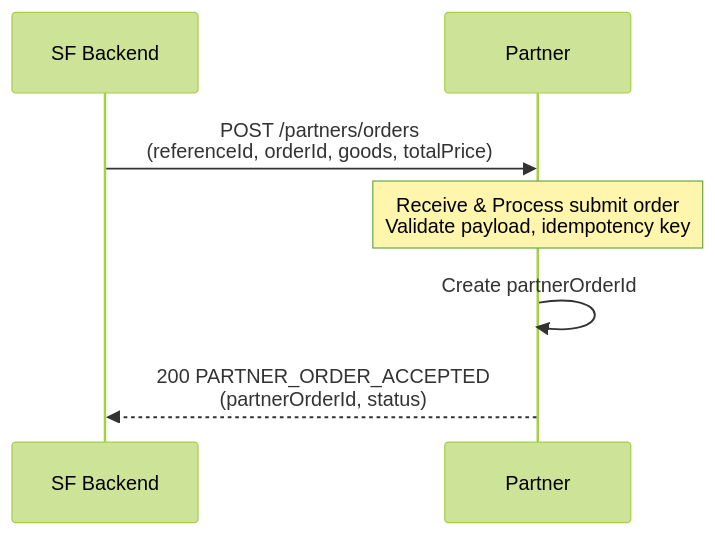
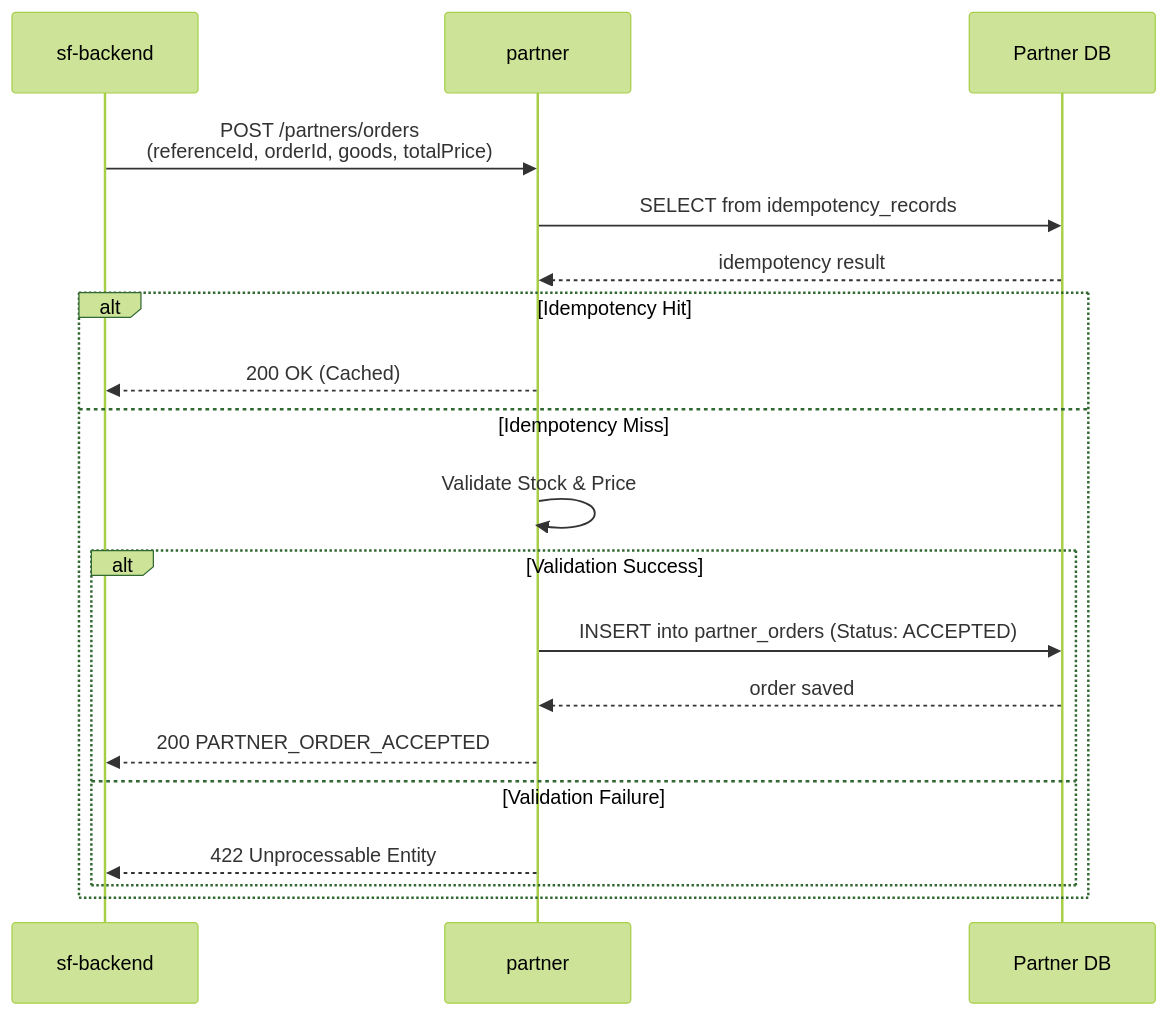
The first of 3 diagrams in api-contract/partner/sequence.md (jafarrohmadi/xl-test), drawn with Mermaid (forest theme) before and after one commit. The commit also changed other lines of this file and 3308 other files, not shown here.

First line of the commit message:
feat: implement complete microservices architecture with documentation

````diff
--- a/api-contract/partner/sequence.md
+++ b/api-contract/partner/sequence.md
@@ -5,10 +5,23 @@
 ```mermaid
 sequenceDiagram
-    participant SF as SF Backend
-    participant PA as Partner
+    participant Backend as sf-backend
+    participant Partner as partner
+    participant Database as Partner DB
 
-    SF->>PA: POST /partners/orders<br/>(referenceId, orderId, goods, totalPrice)
-    Note over PA: Receive & Process submit order<br/>Validate payload, idempotency key
-    PA->>PA: Create partnerOrderId
-    PA-->>SF: 200 PARTNER_ORDER_ACCEPTED<br/>(partnerOrderId, status)
+    Backend->>Partner: POST /partners/orders<br/>(referenceId, orderId, goods, totalPrice)
+    Partner->>Database: SELECT from idempotency_records
+    Database-->>Partner: idempotency result
+    
+    alt Idempotency Hit
+        Partner-->>Backend: 200 OK (Cached)
+    else Idempotency Miss
+        Partner->>Partner: Validate Stock & Price
+        alt Validation Success
+            Partner->>Database: INSERT into partner_orders (Status: ACCEPTED)
+            Database-->>Partner: order saved
+            Partner-->>Backend: 200 PARTNER_ORDER_ACCEPTED
+        else Validation Failure
+            Partner-->>Backend: 422 Unprocessable Entity
+        end
+    end
 ```
````
